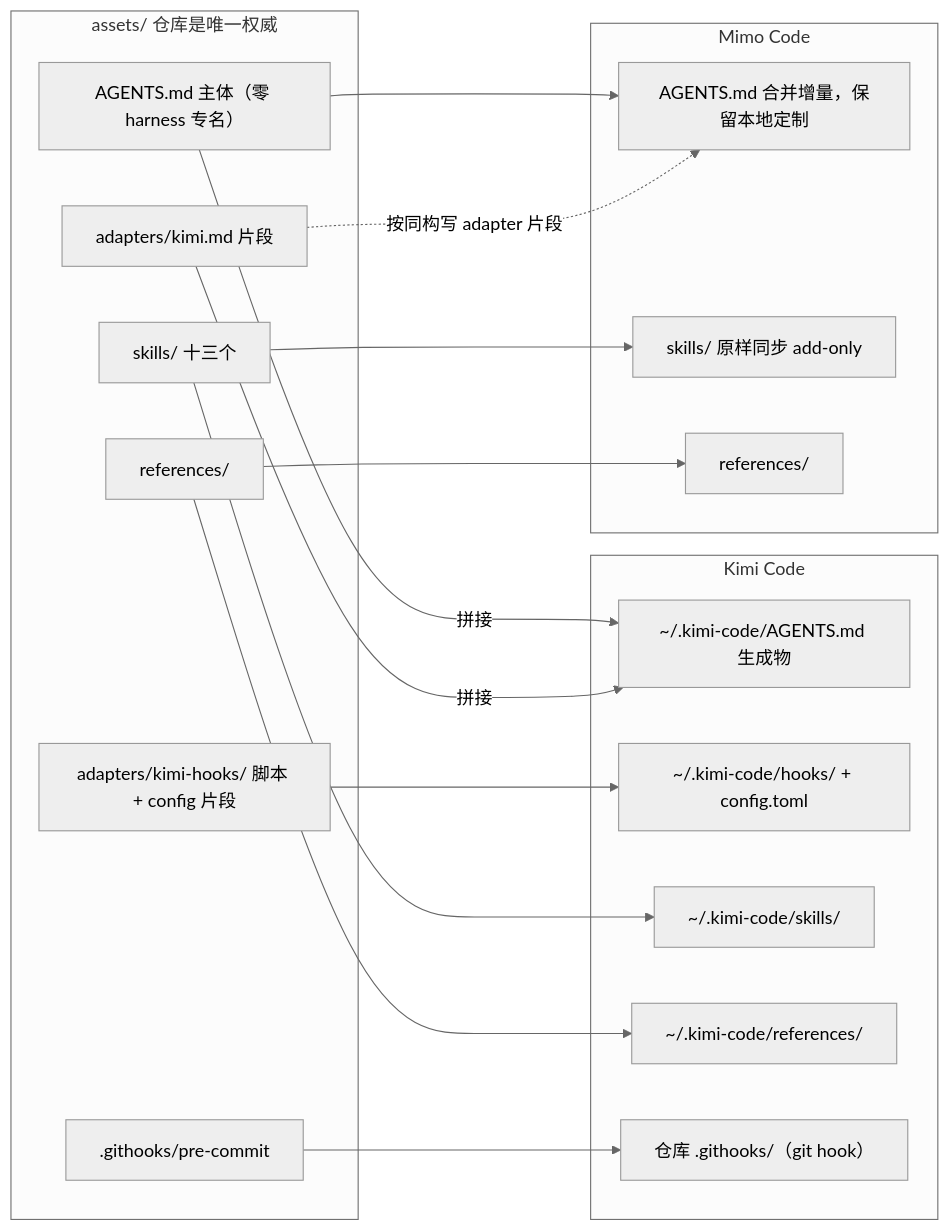
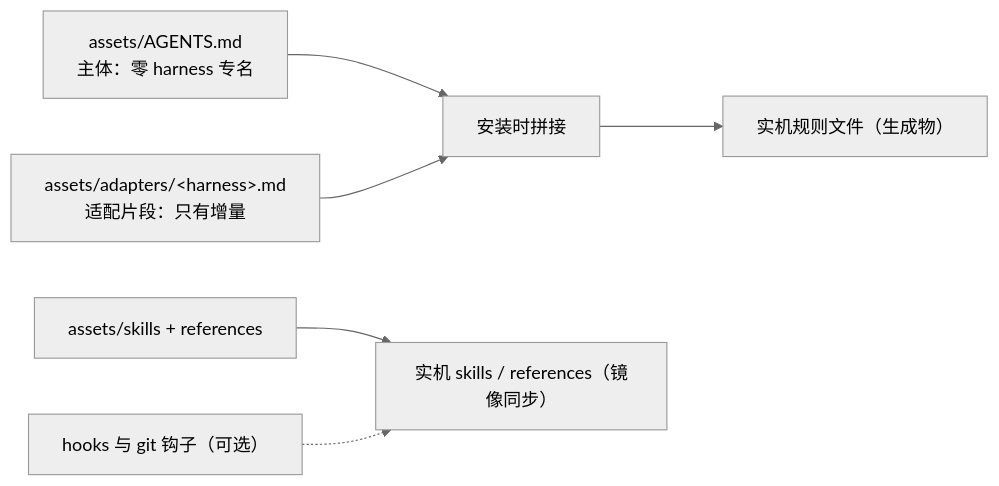
The eighth of 8 diagrams in README.md (nightBrise/sci-spec-loop-skill), drawn with Mermaid (neutral theme) before and after one commit. The commit also changed other lines of this file and 8 other files, not shown here.

````diff
--- a/README.md
+++ b/README.md
@@ -272,36 +172,8 @@
 ```mermaid
 flowchart LR
-    subgraph SRC["assets/ 仓库是唯一权威"]
-        A1["AGENTS.md 主体（零 harness 专名）"]
-        A2["adapters/kimi.md 片段"]
-        A3["adapters/kimi-hooks/ 脚本 + config 片段"]
-        A4["skills/ 十三个"]
-        A5["references/"]
-        A6[".githooks/pre-commit"]
-    end
-
-    subgraph KC["Kimi Code"]
-        K1["~/.kimi-code/AGENTS.md 生成物"]
-        K2["~/.kimi-code/hooks/ + config.toml"]
-        K3["~/.kimi-code/skills/"]
-        K4["~/.kimi-code/references/"]
-        K5["仓库 .githooks/（git hook）"]
-    end
-
-    subgraph MC["Mimo Code"]
-        M1["AGENTS.md 合并增量，保留本地定制"]
-        M2["skills/ 原样同步 add-only"]
-        M3["references/"]
-    end
-
-    A1 -->|"拼接"| K1
-    A2 -->|"拼接"| K1
-    A3 --> K2
-    A4 --> K3
-    A5 --> K4
-    A6 --> K5
-    A1 --> M1
-    A2 -.->|"按同构写 adapter 片段"| M1
-    A4 --> M2
-    A5 --> M3
+    A["assets/AGENTS.md<br/>主体：零 harness 专名"] --> P["安装时拼接"]
+    B["assets/adapters/&lt;harness&gt;.md<br/>适配片段：只有增量"] --> P
+    P --> I["实机规则文件（生成物）"]
+    C["assets/skills + references"] --> J["实机 skills / references（镜像同步）"]
+    H["hooks 与 git 钩子（可选）"] -.-> J
 ```
````
